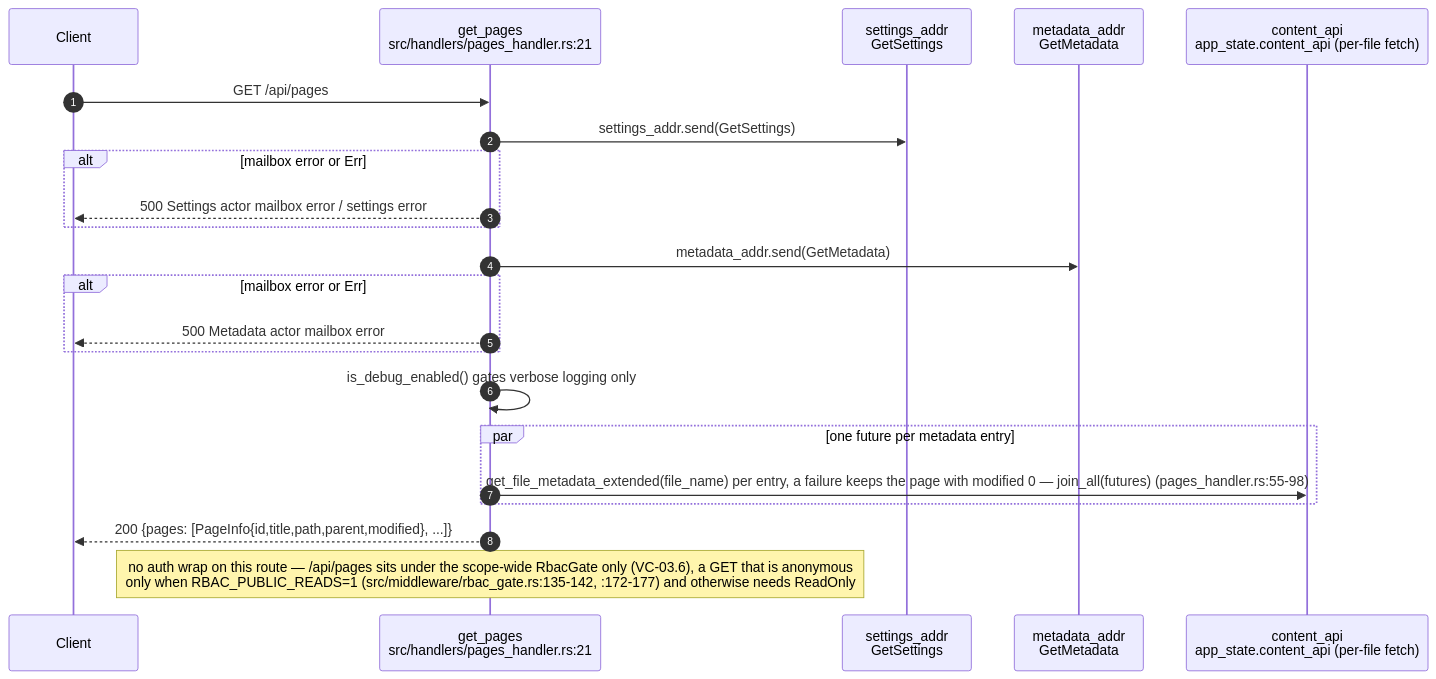
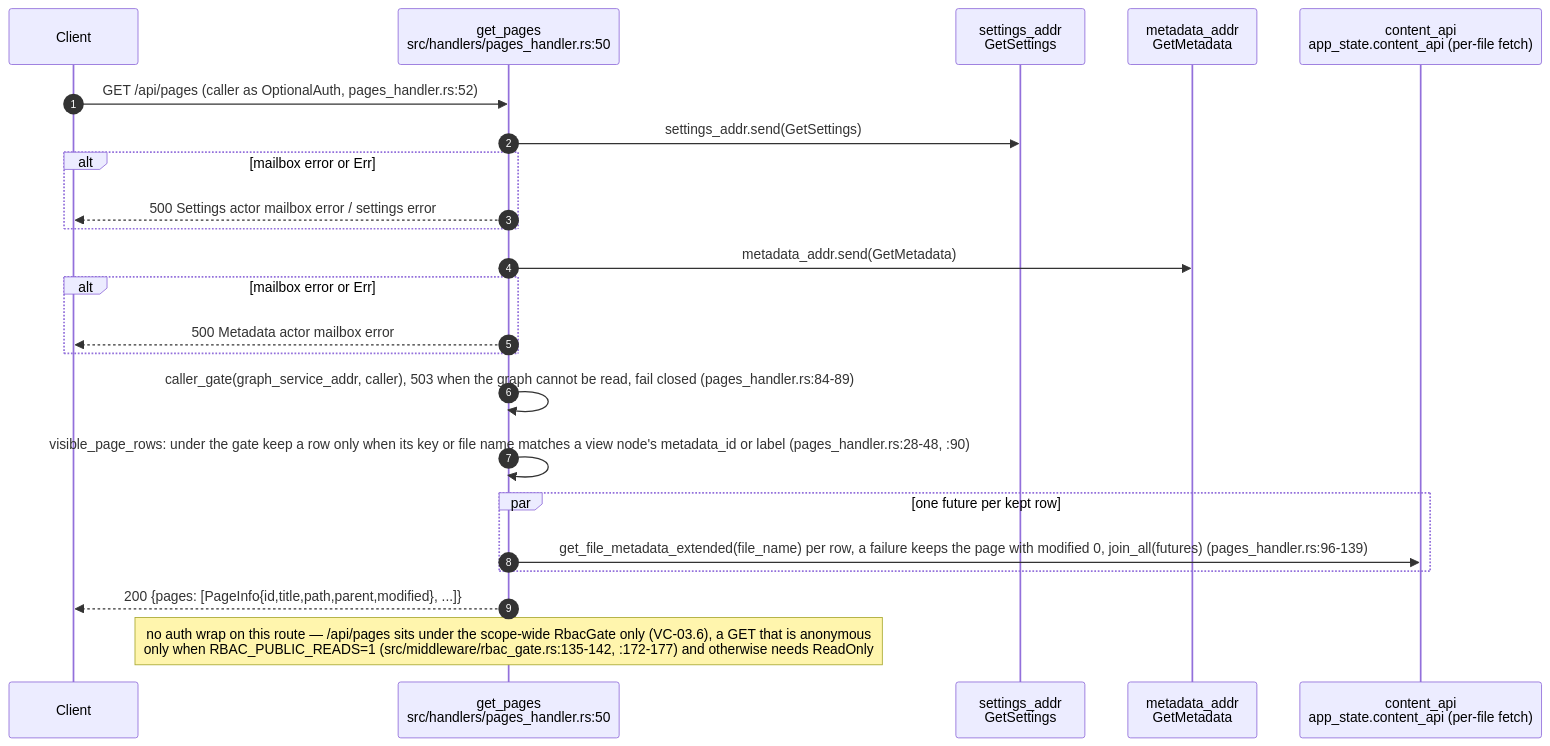
Before and after one commit to DreamLab-AI/VisionFlow: diagram 21 of 24 in docs/diagrams/visionclaw/04-handlers-graph-and-state.md, drawn with Mermaid. The commit also changed other lines of this file and 46 other files, not shown here.

Commit message:
docs(diagrams): re-verify VisionClaw topics at 809a859aa/a950f4d80 after the consolidation pass

````diff
--- a/docs/diagrams/visionclaw/04-handlers-graph-and-state.md
+++ b/docs/diagrams/visionclaw/04-handlers-graph-and-state.md
@@ -1034,25 +1063,26 @@
 ```mermaid
 sequenceDiagram
     autonumber
     participant C as Client
-    participant GP as get_pages<br/>src/handlers/pages_handler.rs:21
+    participant GP as get_pages<br/>src/handlers/pages_handler.rs:50
     participant SE as settings_addr<br/>GetSettings
     participant MD as metadata_addr<br/>GetMetadata
     participant CA as content_api<br/>app_state.content_api (per-file fetch)
 
-    C->>GP: GET /api/pages
+    C->>GP: GET /api/pages (caller as OptionalAuth, pages_handler.rs:52)
     GP->>SE: settings_addr.send(GetSettings)
     alt mailbox error or Err
         GP-->>C: 500 Settings actor mailbox error / settings error
     end
     GP->>MD: metadata_addr.send(GetMetadata)
     alt mailbox error or Err
         GP-->>C: 500 Metadata actor mailbox error
     end
-    GP->>GP: is_debug_enabled() gates verbose logging only
-    par one future per metadata entry
-        GP->>CA: get_file_metadata_extended(file_name) per entry, a failure keeps the page with modified 0 — join_all(futures) (pages_handler.rs:55-98)
+    GP->>GP: caller_gate(graph_service_addr, caller), 503 when the graph cannot be read, fail closed (pages_handler.rs:84-89)
+    GP->>GP: visible_page_rows: under the gate keep a row only when its key or file name matches a view node's metadata_id or label (pages_handler.rs:28-48, :90)
+    par one future per kept row
+        GP->>CA: get_file_metadata_extended(file_name) per row, a failure keeps the page with modified 0, join_all(futures) (pages_handler.rs:96-139)
     end
     GP-->>C: 200 {pages: [PageInfo{id,title,path,parent,modified}, ...]}
     Note over GP: no auth wrap on this route — /api/pages sits under the scope-wide RbacGate only (VC-03.6), a GET that is anonymous<br/>only when RBAC_PUBLIC_READS=1 (src/middleware/rbac_gate.rs:135-142, :172-177) and otherwise needs ReadOnly
 ```
````
